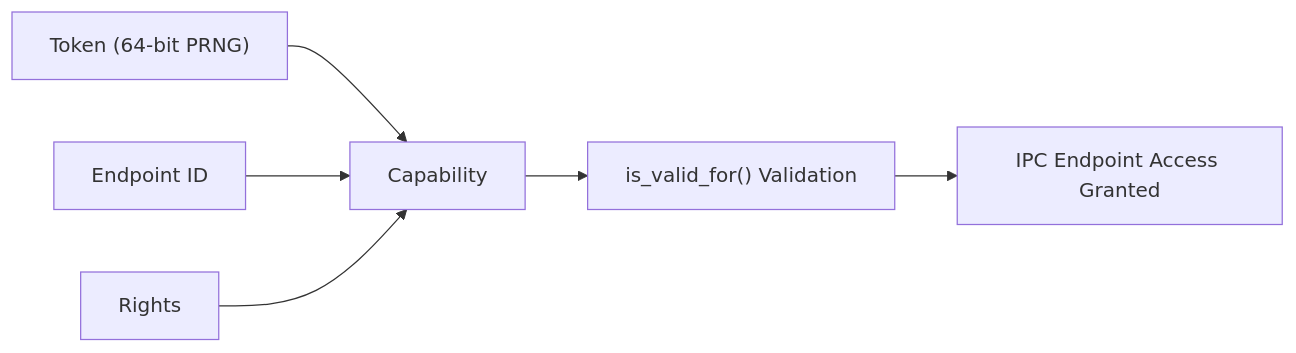
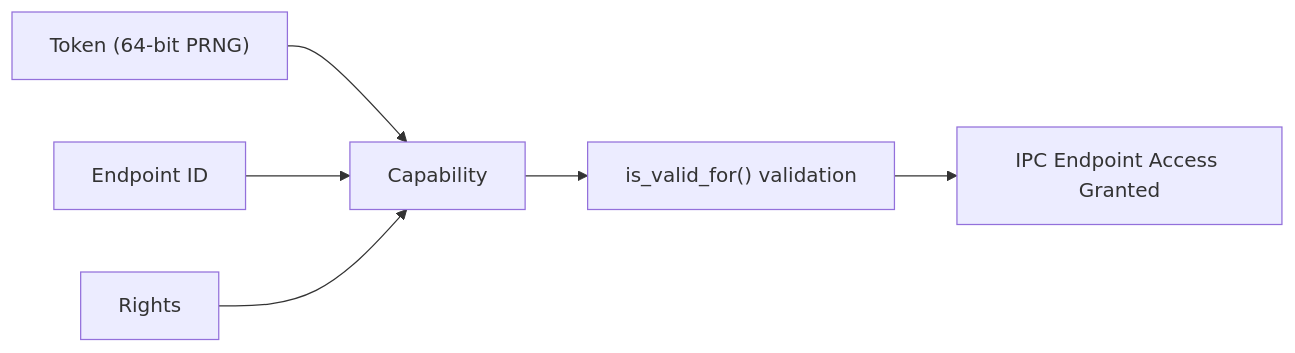
One commit to Quant-Off/iso-light-k0 changed the second of 5 diagrams in INTRODUCTION_EN.md. Above: the diagram before and after it, drawn with Mermaid. The commit also changed other lines of this file and 3 other files, not shown here.

````diff
--- a/INTRODUCTION_EN.md
+++ b/INTRODUCTION_EN.md
@@ -72,14 +139,14 @@
 ```mermaid
 flowchart LR
     Token["Token (64-bit PRNG)"]
     EpId["Endpoint ID"]
     Rights["Rights"]
     Cap["Capability"]
-    Valid["is_valid_for() Validation"]
+    Valid["is_valid_for() validation"]
     EP["IPC Endpoint Access Granted"]
 
     Token --> Cap
     EpId --> Cap
     Rights --> Cap
     Cap --> Valid --> EP
 ```
````
